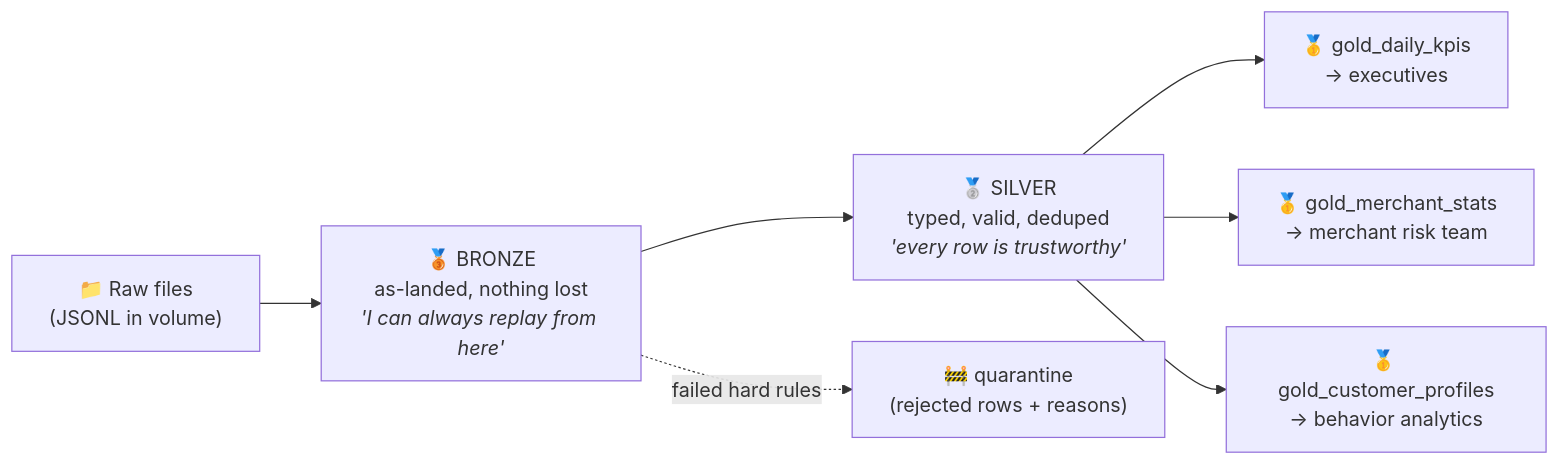
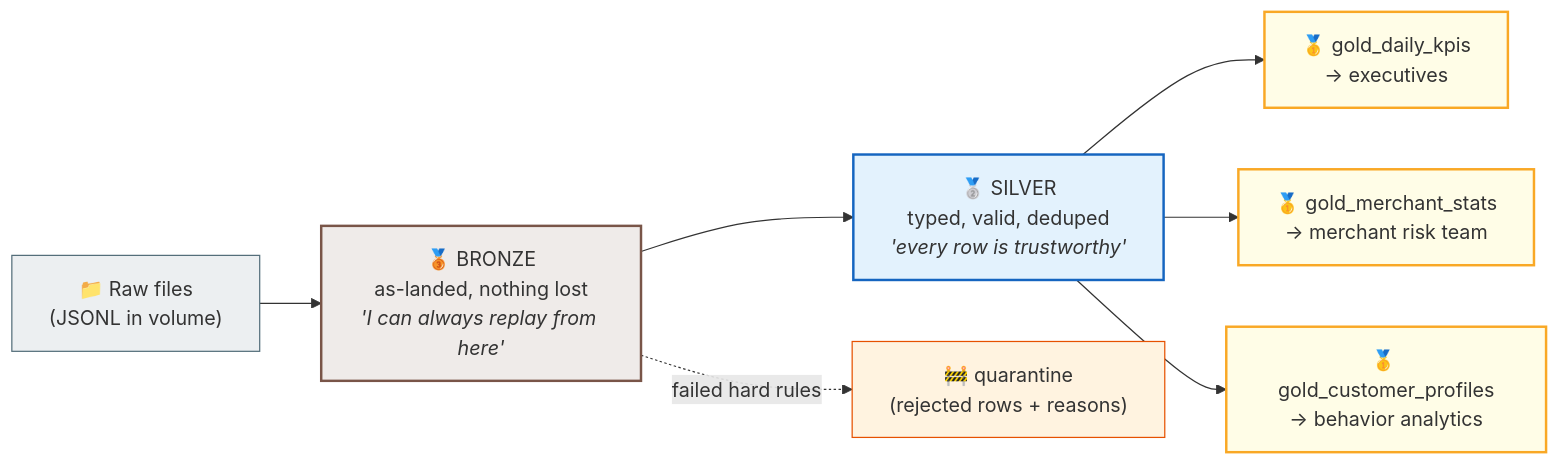
The tenth of 18 diagrams in docs/CONCEPTS.md (gauravs19/databricks-fraud-lakehouse), drawn with Mermaid before and after one commit. The commit also changed other lines of this file, not shown here.

Commit message:
docs: CONCEPTS Part 0 — foundations, history, star schemas, ecosystem map, roles; colored callouts + diagram styling

````diff
--- a/docs/CONCEPTS.md
+++ b/docs/CONCEPTS.md
@@ -222,13 +682,19 @@
 ```mermaid
 flowchart LR
     F["📁 Raw files<br/>(JSONL in volume)"]
     B["🥉 BRONZE<br/>as-landed, nothing lost<br/><i>'I can always replay from here'</i>"]
     S["🥈 SILVER<br/>typed, valid, deduped<br/><i>'every row is trustworthy'</i>"]
     G1["🥇 gold_daily_kpis<br/>→ executives"]
     G2["🥇 gold_merchant_stats<br/>→ merchant risk team"]
     G3["🥇 gold_customer_profiles<br/>→ behavior analytics"]
     Q["🚧 quarantine<br/>(rejected rows + reasons)"]
     F --> B --> S
     B -.->|"failed hard rules"| Q
     S --> G1 & G2 & G3
+    style F fill:#eceff1,stroke:#546e7a
+    style B fill:#efebe9,stroke:#795548,stroke-width:2px
+    style S fill:#e3f2fd,stroke:#1565c0,stroke-width:2px
+    style Q fill:#fff3e0,stroke:#e65100
+    classDef gold fill:#fffde7,stroke:#f9a825,stroke-width:2px
+    class G1,G2,G3 gold
 ```
````
